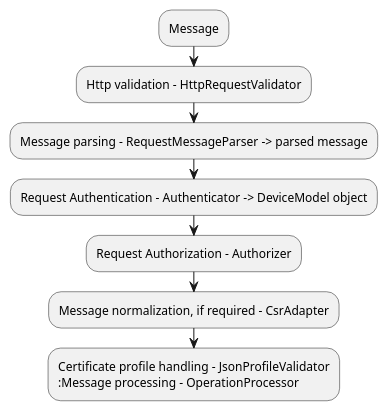
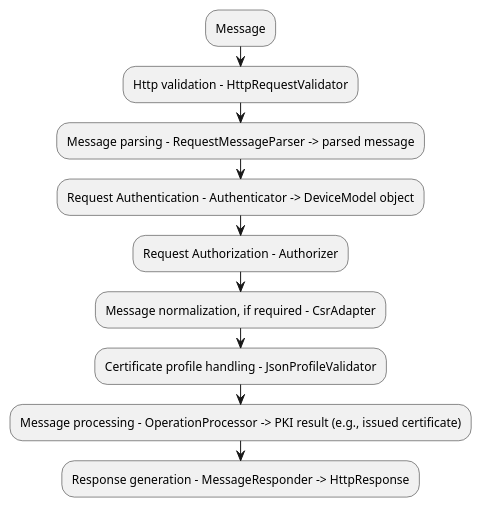
Before and after one commit to Trustpoint-Project/trustpoint: the first of 6 diagrams in docs/source/development/architecture/credentials.rst, drawn with PlantUML. The commit also changed 4 other files, not shown here.

```diff
--- a/docs/source/development/architecture/credentials.rst
+++ b/docs/source/development/architecture/credentials.rst
@@ -10,10 +10,11 @@
 .. uml::
 
    :Message;
    :Http validation - HttpRequestValidator;
    :Message parsing - RequestMessageParser -> parsed message;
    :Request Authentication - Authenticator -> DeviceModel object;
    :Request Authorization - Authorizer;
    :Message normalization, if required - CsrAdapter;
-   :Certificate profile handling - JsonProfileValidator
-   :Message processing - OperationProcessor;
+   :Certificate profile handling - JsonProfileValidator;
+   :Message processing - OperationProcessor -> PKI result (e.g., issued certificate);
+   :Response generation - MessageResponder -> HttpResponse;
```
